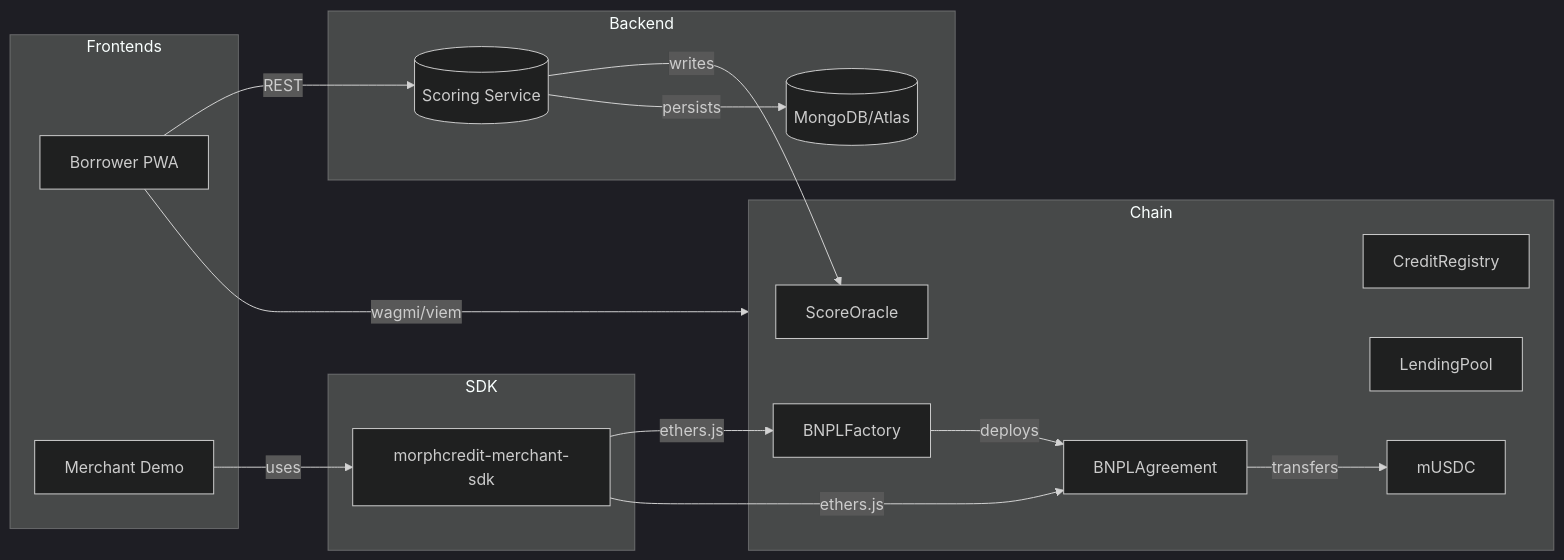
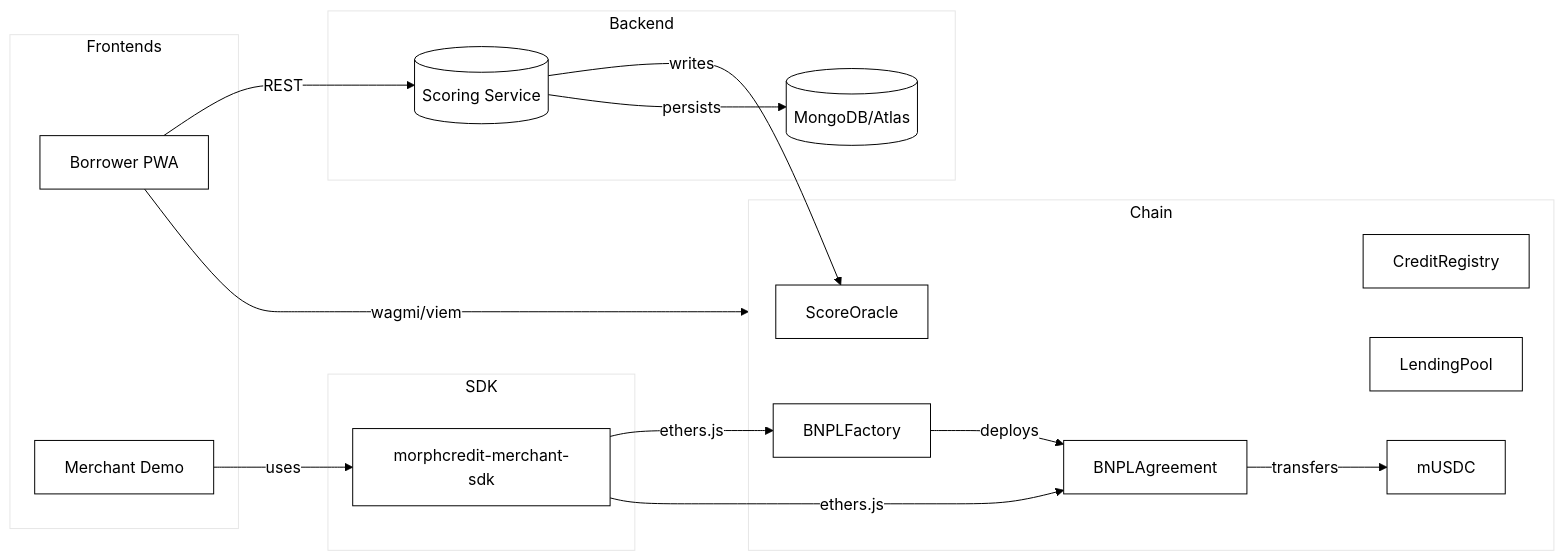
One commit to okwareddevnest/MorphCredit changed the first of 6 diagrams in README.md. Above: the diagram before and after it, drawn with Mermaid. The commit also changed other lines of this file, not shown here.

````diff
--- a/README.md
+++ b/README.md
@@ -7,32 +7,32 @@
 ```mermaid
-%%{init: { 'theme': 'dark' }}%%
+%%{init: {'theme':'base', 'themeVariables': {'primaryColor': '#ffffff', 'primaryTextColor': '#000000', 'primaryBorderColor': '#000000', 'lineColor': '#000000', 'secondaryColor': '#ffffff', 'tertiaryColor': '#ffffff', 'background': '#ffffff', 'mainBkg': '#ffffff', 'secondBkg': '#ffffff', 'tertiaryBkg': '#ffffff'}}}%%
 flowchart LR
   subgraph Frontends
     B[Borrower PWA]
     M[Merchant Demo]
   end
   subgraph SDK
     S["morphcredit-merchant-sdk"]
   end
   subgraph Backend
     SC[(Scoring Service)]
     DB[(MongoDB/Atlas)]
   end
   subgraph Chain
     SO[ScoreOracle]
     CR[CreditRegistry]
     LP[LendingPool]
     BF[BNPLFactory]
     BA[BNPLAgreement]
     MS[mUSDC]
   end
 
   B -- wagmi/viem --> Chain
   M -- uses --> S
   S -- ethers.js --> BF & BA
   B -- REST --> SC
   SC -- writes --> SO
   SC -- persists --> DB
   BF -- deploys --> BA
   BA -- transfers --> MS
 ```
````
